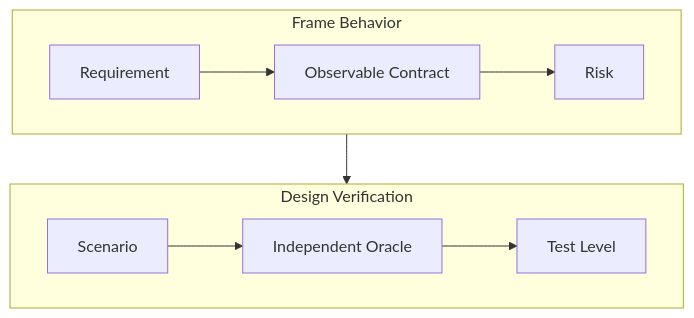
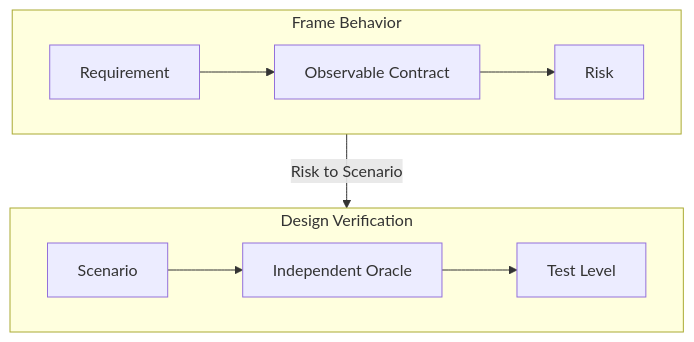
The diagram in docs/development/test-design-and-implementation.md (mols3131d/hmda-data-reliability), drawn with Mermaid before and after one commit.

Commit message:
docs: clarify test design handoff

````diff
--- a/docs/development/test-design-and-implementation.md
+++ b/docs/development/test-design-and-implementation.md
@@ -11,14 +11,14 @@
 ```mermaid
 flowchart TB
     subgraph framing ["Frame Behavior"]
         direction LR
         requirement["Requirement"] --> contract["Observable Contract"] --> risk["Risk"]
     end
 
     subgraph verification ["Design Verification"]
         direction LR
         scenario["Scenario"] --> oracle["Independent Oracle"] --> level["Test Level"]
     end
 
-    framing --> verification
+    framing -->|Risk to Scenario| verification
 ```
````
